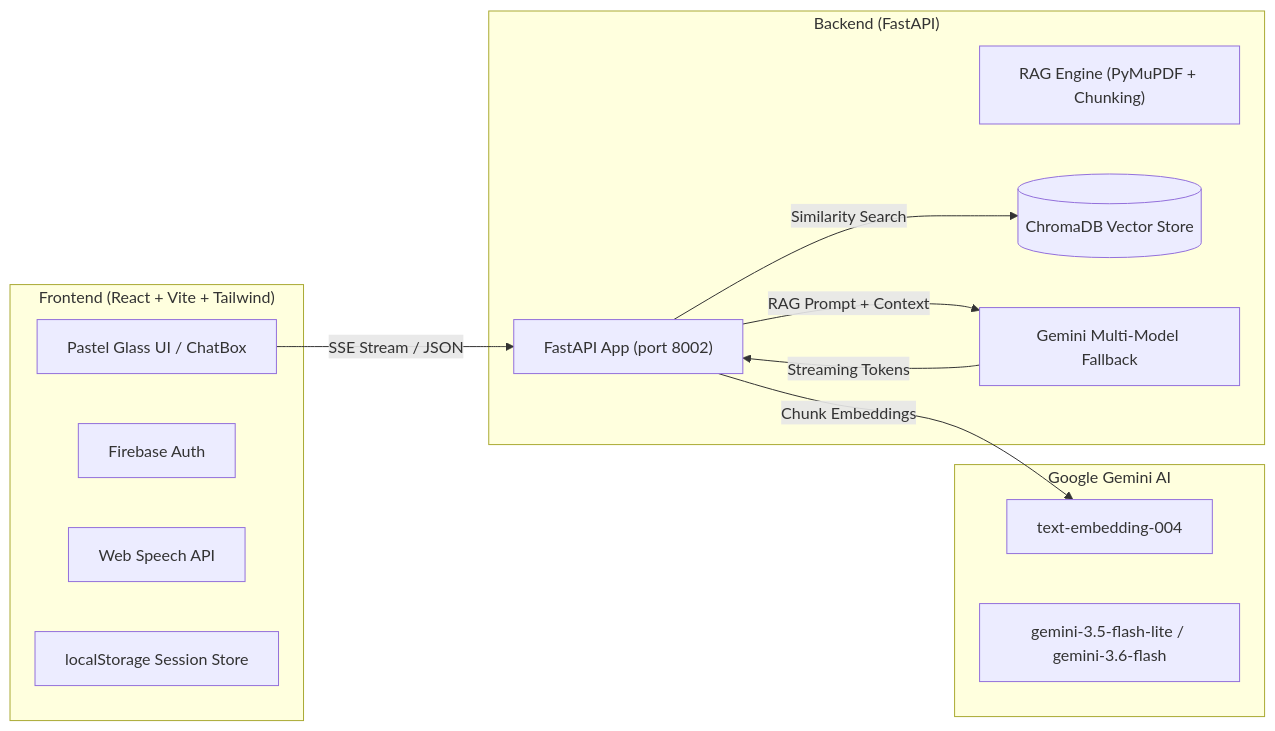
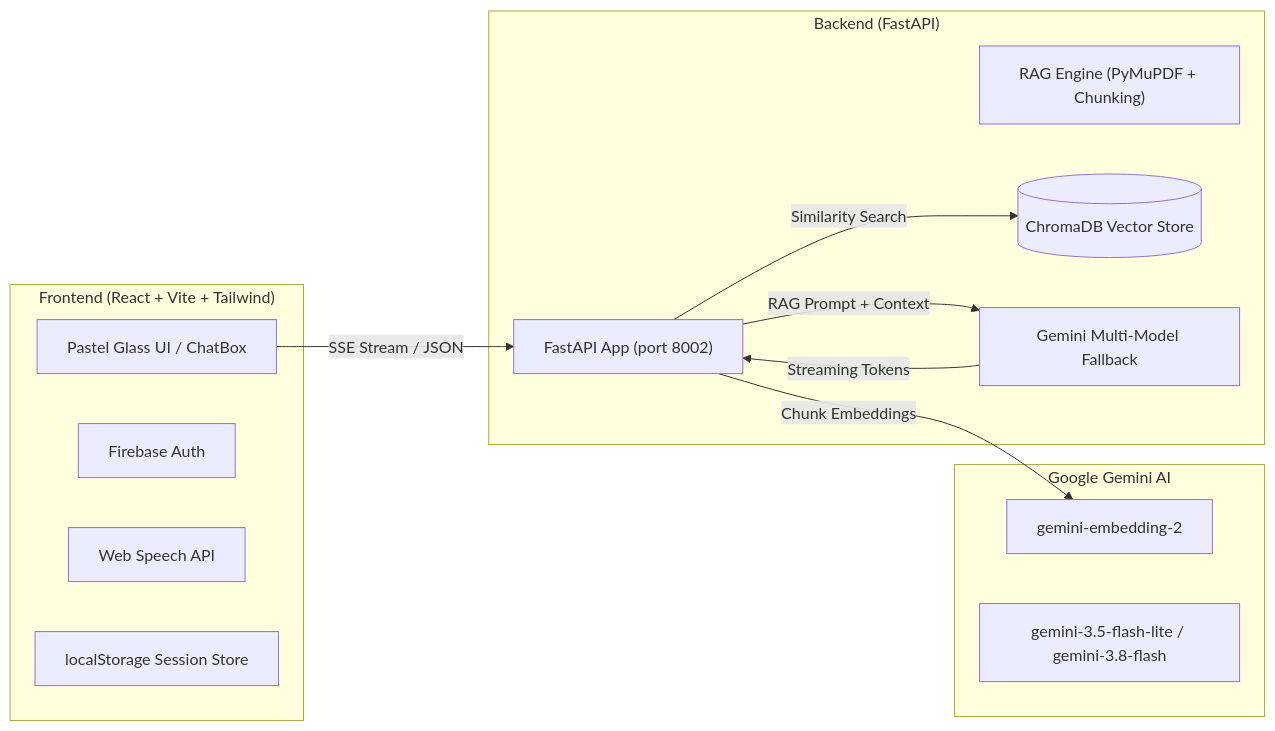
One commit to manideepippagunta/YojanaSetu changed the diagram in README.md. Above: the diagram before and after it, drawn with Mermaid. The commit also changed other lines of this file and 2 other files, not shown here.

Commit message:
chore: update Gemini fallback models to 3.5-flash-lite / 3.8-flash and polish README

````diff
--- a/README.md
+++ b/README.md
@@ -74,27 +74,27 @@
 ```mermaid
 flowchart LR
     subgraph Frontend ["Frontend (React + Vite + Tailwind)"]
         UI["Pastel Glass UI / ChatBox"]
         Auth["Firebase Auth"]
         Audio["Web Speech API"]
         History["localStorage Session Store"]
     end
 
     subgraph Backend ["Backend (FastAPI)"]
         API["FastAPI App (port 8002)"]
         RAG["RAG Engine (PyMuPDF + Chunking)"]
         VectorDB[("ChromaDB Vector Store")]
         Fallback["Gemini Multi-Model Fallback"]
     end
 
     subgraph GoogleAI ["Google Gemini AI"]
-        Embed["text-embedding-004"]
-        LLM["gemini-3.5-flash-lite / gemini-3.6-flash"]
+        Embed["gemini-embedding-2"]
+        LLM["gemini-3.5-flash-lite / gemini-3.8-flash"]
     end
 
     UI -->|SSE Stream / JSON| API
     API -->|Similarity Search| VectorDB
     API -->|Chunk Embeddings| Embed
     API -->|RAG Prompt + Context| Fallback
     Fallback -->|Streaming Tokens| API
 ```
````
